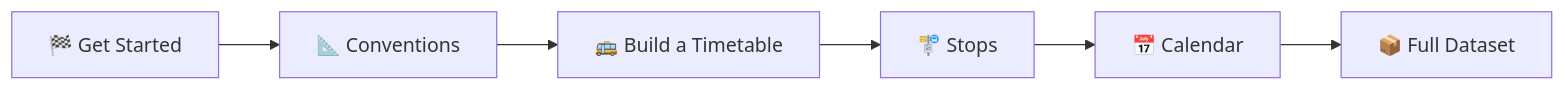
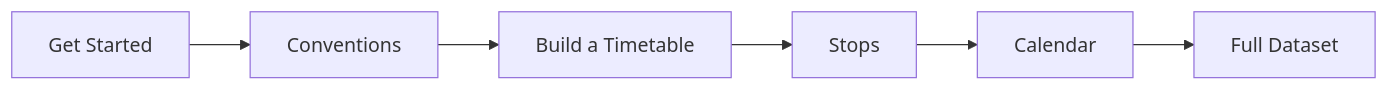
Before and after one commit to entur/nordic-netex-documentation: the diagram in README.md, drawn with Mermaid. The commit also changed other lines of this file and 21 other files, not shown here.

````diff
--- a/README.md
+++ b/README.md
@@ -41,8 +42,8 @@
 ```mermaid
 flowchart LR
-    A["🏁 Get Started"] --> B["📐 Conventions"]
-    B --> C["🚌 Build a Timetable"]
-    C --> D["🚏 Stops"]
-    D --> E["📅 Calendar"]
-    E --> F["📦 Full Dataset"]
+    A["Get Started"] --> B["Conventions"]
+    B --> C["Build a Timetable"]
+    C --> D["Stops"]
+    D --> E["Calendar"]
+    E --> F["Full Dataset"]
 ```
````
